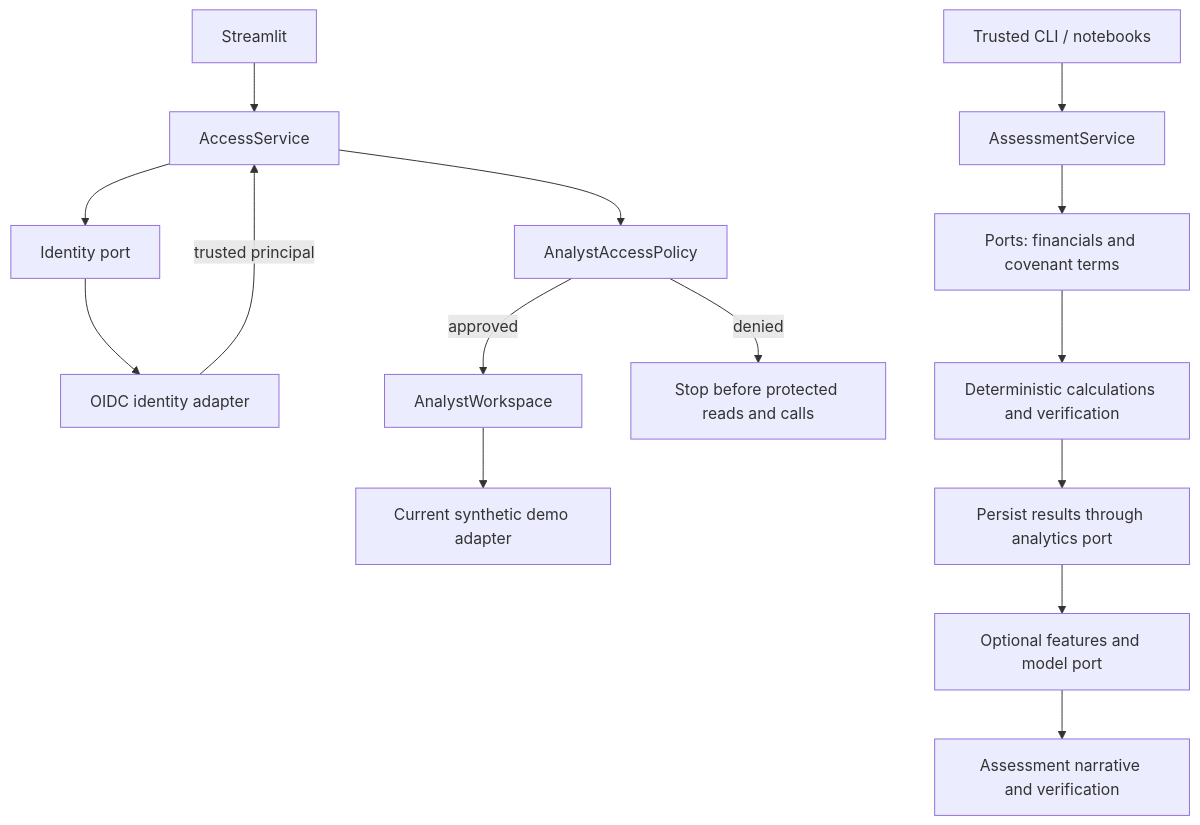
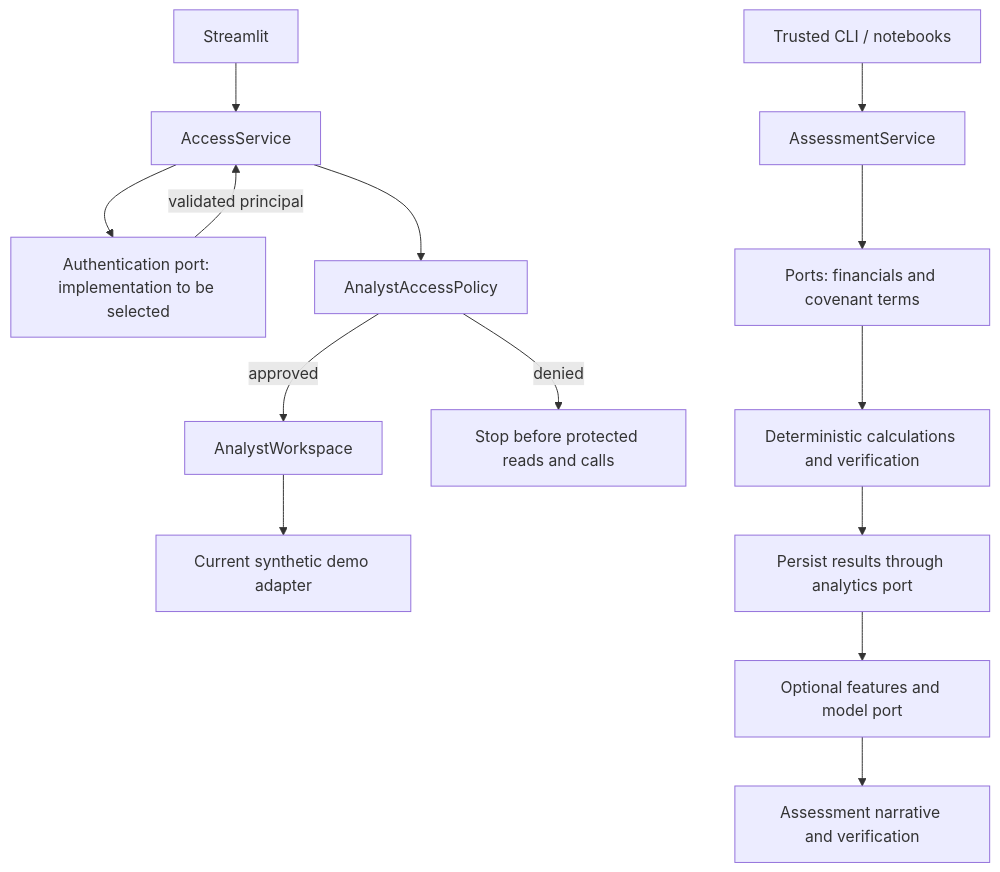
The diagram in docs/architecture-proposal.md (brunopiresr/capstone-ai-private-credit), drawn with Mermaid before and after one commit. The commit also changed other lines of this file and 5 other files, not shown here.

Commit message:
Add architecture review

````diff
--- a/docs/architecture-proposal.md
+++ b/docs/architecture-proposal.md
@@ -51,17 +51,16 @@
 ```mermaid
 flowchart TD
     W[Streamlit] --> A[AccessService]
-    A --> IP[Identity port]
-    IP --> I[OIDC identity adapter]
-    I -->|trusted principal| A
+    A --> IP[Authentication port: implementation to be selected]
+    IP -->|validated principal| A
     A --> AP[AnalystAccessPolicy]
     AP -->|approved| F[AnalystWorkspace]
     AP -->|denied| X[Stop before protected reads and calls]
     F --> D[Current synthetic demo adapter]
     L[Trusted CLI / notebooks] --> S[AssessmentService]
     S --> P[Ports: financials and covenant terms]
     P --> C[Deterministic calculations and verification]
     C --> H[Persist results through analytics port]
     H --> M[Optional features and model port]
     M --> R[Assessment narrative and verification]
 ```
````
